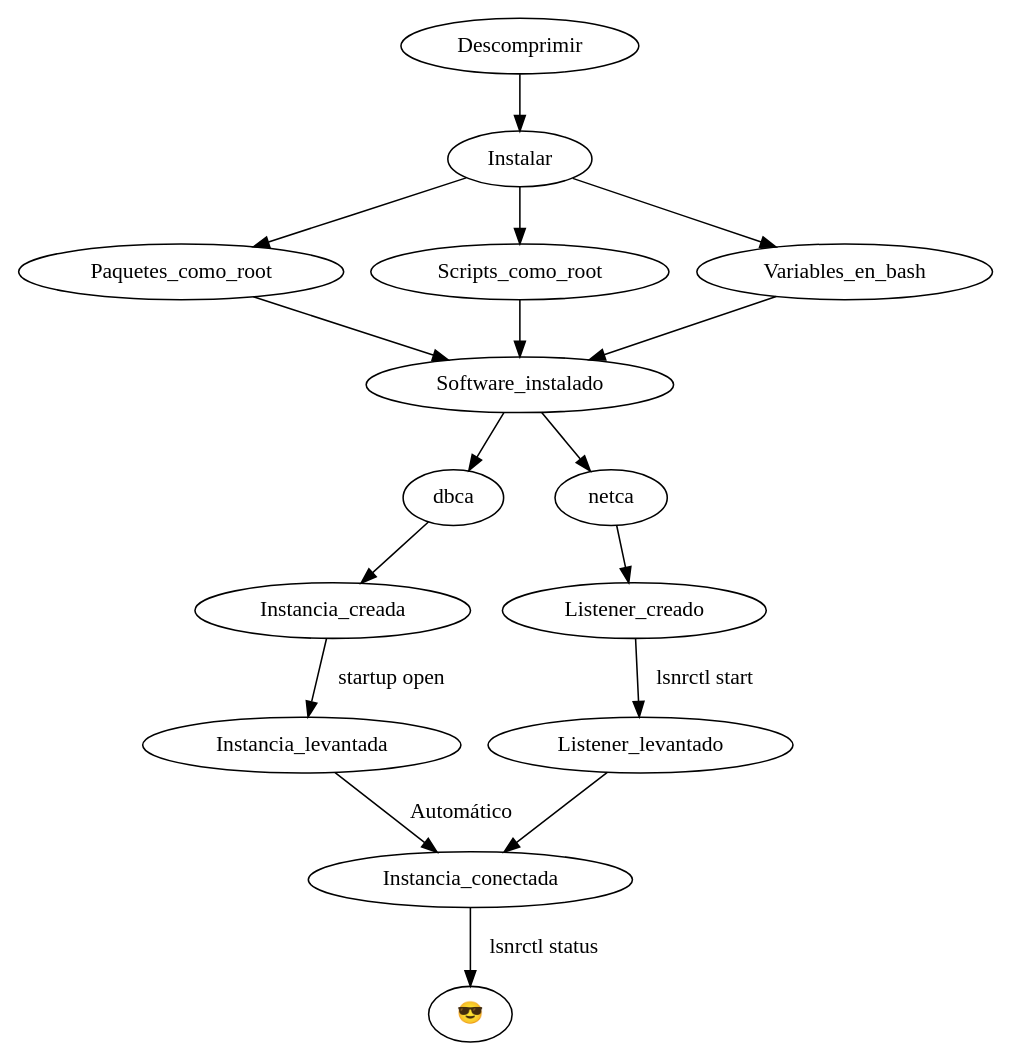
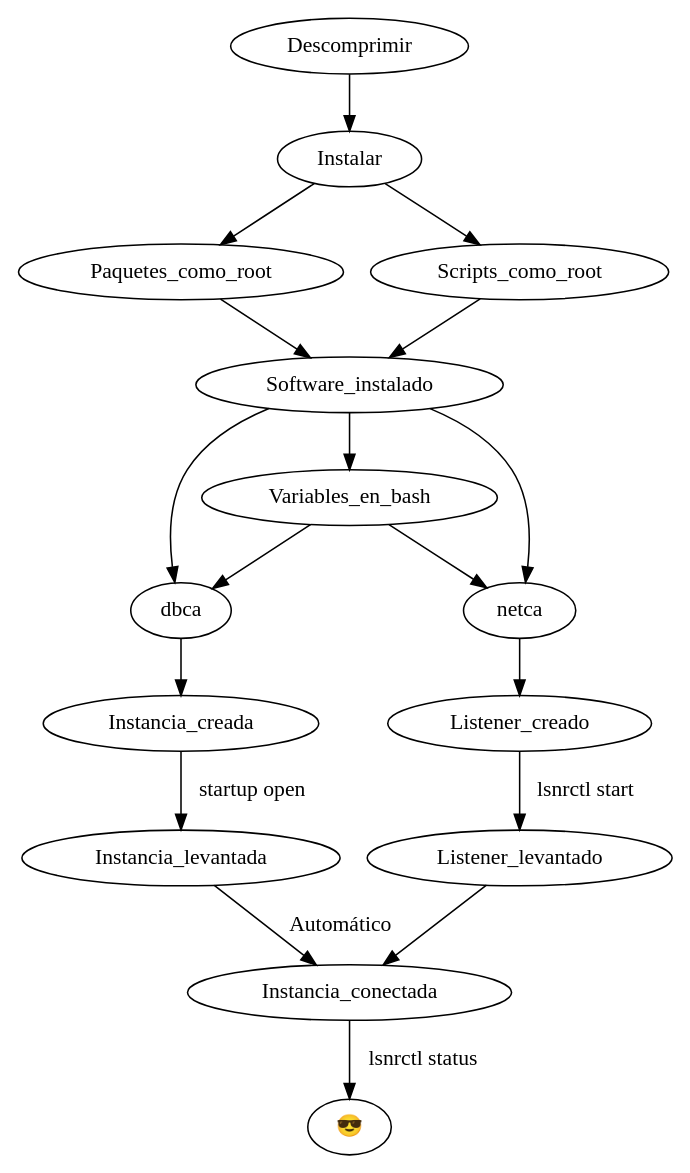
One commit to overdrive80/apuntes-clase changed the diagram in sistemas-gestores-bbdd-asir2/apuntes/1/asgbd-1-instalar-oracle.org. Above: the diagram before and after it, drawn with Graphviz. The commit also changed other lines of this file and 5 other files, not shown here.

Commit message:
Diagrama con graphviz

```diff
--- a/sistemas-gestores-bbdd-asir2/apuntes/1/asgbd-1-instalar-oracle.org
+++ b/sistemas-gestores-bbdd-asir2/apuntes/1/asgbd-1-instalar-oracle.org
@@ -529,28 +519,31 @@
-#+BEGIN_SRC dot :file instalacion-oracle.png :exports results
+#+BEGIN_SRC dot :file diagrama-instalacion-oracle.svg :exports results :cmdline -Tsvg
 digraph {
   Descomprimir -> Instalar
   Instalar -> Paquetes_como_root
   Instalar -> Scripts_como_root
-  Instalar -> Variables_en_bash
 
   Paquetes_como_root -> Software_instalado
   Scripts_como_root -> Software_instalado
-  Variables_en_bash -> Software_instalado
+  Software_instalado -> Variables_en_bash
 
   Software_instalado -> dbca
   Software_instalado -> netca
+
+  Variables_en_bash -> dbca
+  Variables_en_bash -> netca
+
 
   netca -> Listener_creado
   Listener_creado -> Listener_levantado [label="lsnrctl start"]
 
   dbca -> Instancia_creada
   Instancia_creada -> Instancia_levantada [label="startup open"]
 
   Instancia_levantada -> Instancia_conectada [label="Automático"]
 
   Listener_levantado -> Instancia_conectada
 
   Instancia_conectada -> 😎 [label="lsnrctl status"]
 
 }
 #+END_SRC
```
